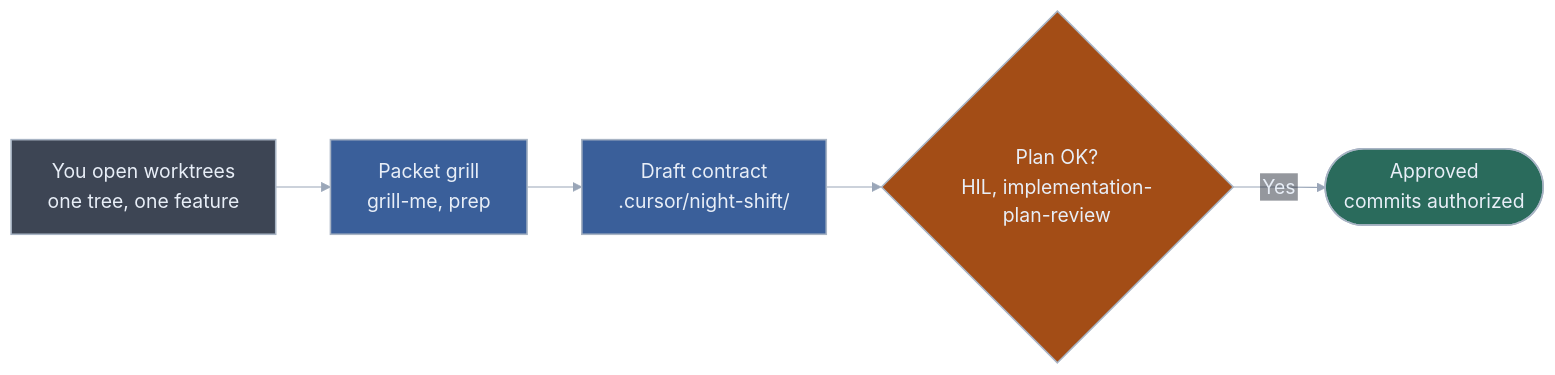
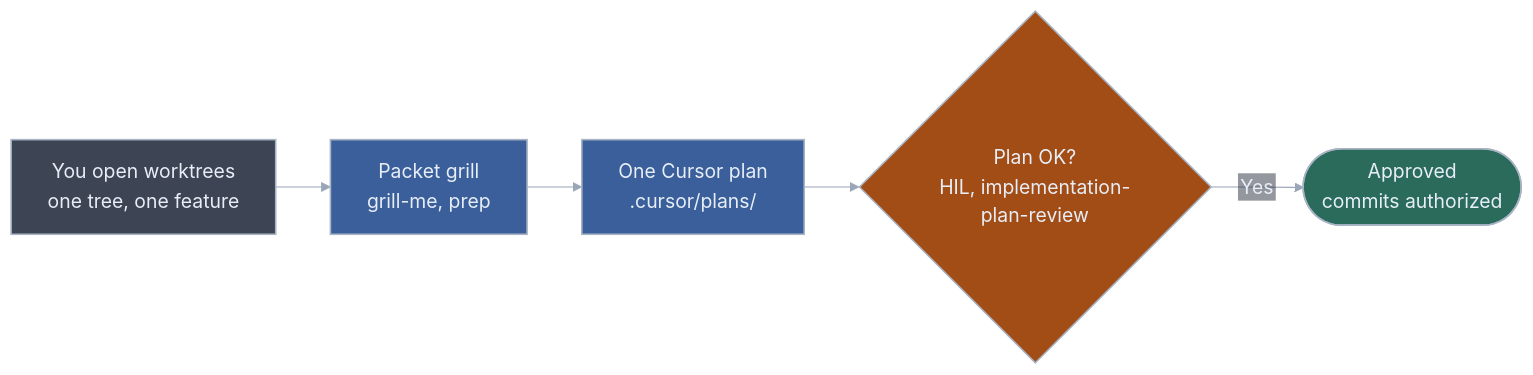
One commit to RaphaelBecker/cursor-harness changed the diagram in docs/diagrams/prep.mmd. Above: the diagram before and after it, drawn with Mermaid. The commit also changed 25 other files, not shown here.

First line of the commit message:
Keep one Cursor plan as the implementation SSOT.

```diff
--- a/docs/diagrams/prep.mmd
+++ b/docs/diagrams/prep.mmd
@@ -1,17 +1,17 @@
 %%{init: {"theme":"base","themeVariables":{"darkMode":true,"fontFamily":"ui-sans-serif, system-ui, sans-serif","fontSize":"17px","background":"#2B313C","lineColor":"#9AA6B8","textColor":"#9AA6B8","primaryTextColor":"#E8EEF7","edgeLabelBackground":"#2B313C"},"flowchart":{"curve":"basis","htmlLabels":false,"nodeSpacing":35,"rankSpacing":48,"padding":16,"useMaxWidth":true}}}%%
 flowchart LR
   e1["You open worktrees<br/>one tree, one feature"]
   e2["Packet grill<br/>grill-me, prep"]
-  e3["Draft contract<br/>.cursor/night-shift/"]
+  e3["One Cursor plan<br/>.cursor/plans/"]
   e4{"Plan OK?<br/>HIL, implementation-plan-review"}
   e5(["Approved<br/>commits authorized"])
   e1 --> e2 --> e3 --> e4
   e4 -->|Yes| e5
   classDef skill fill:#3A5F9A,stroke:#A8B4C4,stroke-width:1.4px,color:#E8EEF7
   classDef hil fill:#A34D16,stroke:#A8B4C4,stroke-width:1.4px,color:#E8EEF7
   classDef done fill:#2A6B5C,stroke:#A8B4C4,stroke-width:1.4px,color:#E8EEF7
   classDef you fill:#3D4554,stroke:#A8B4C4,stroke-width:1.4px,color:#E8EEF7
   class e2,e3 skill
   class e4 hil
   class e5 done
   class e1 you
```
